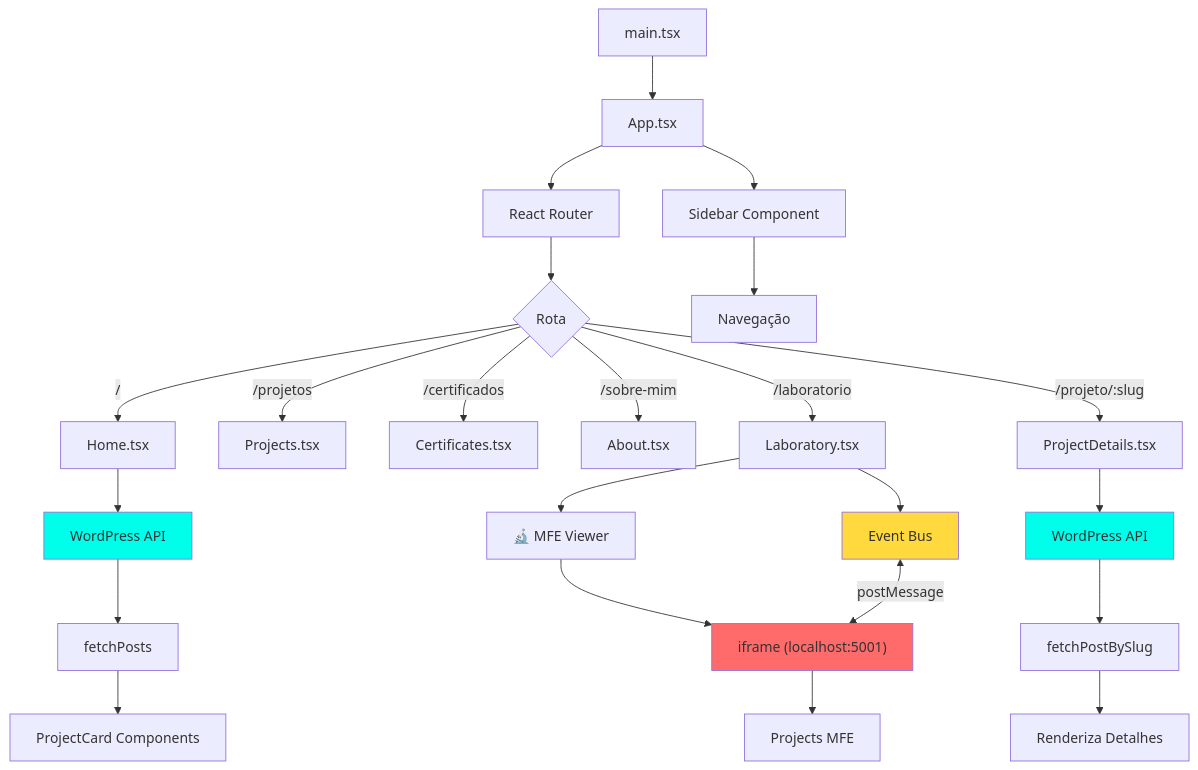
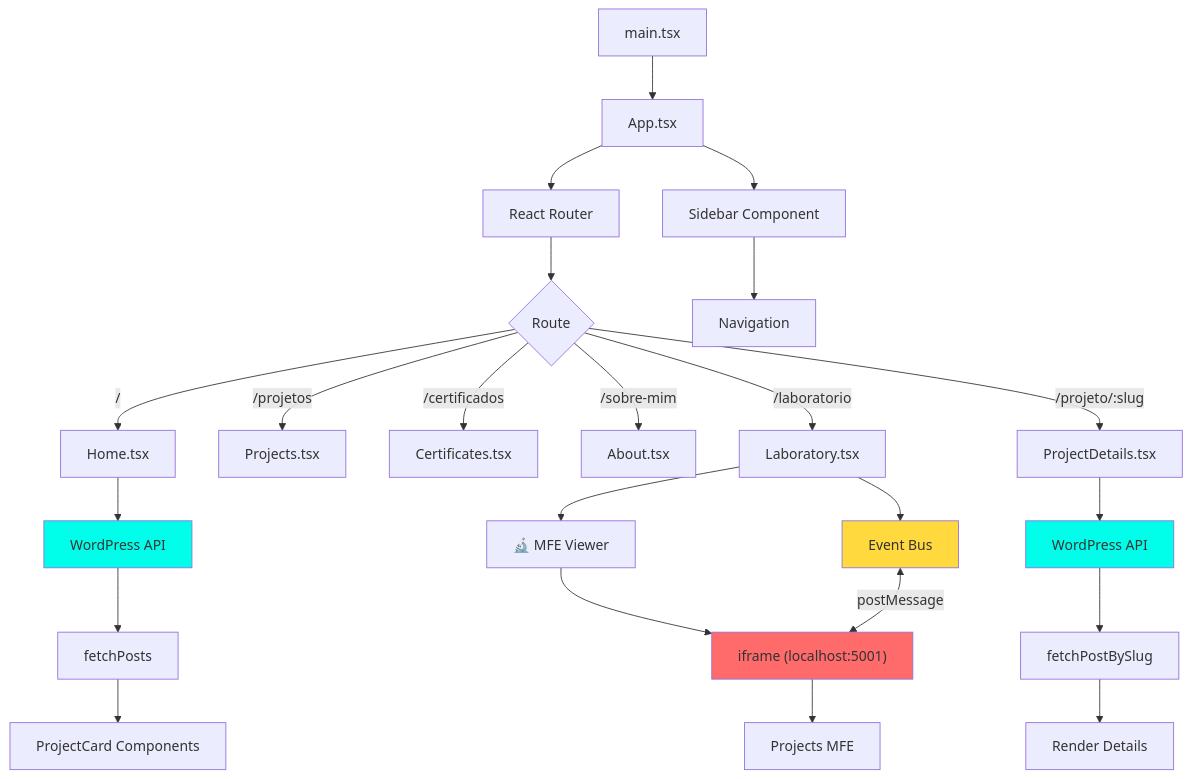
Before and after one commit to ehurafa/portfolio-mfe-2025: the third of 4 diagrams in README.md, drawn with Mermaid. The commit also changed other lines of this file, not shown here.

Commit message:
docs: translate README to English and update with roadmap and technical guidelines

````diff
--- a/README.md
+++ b/README.md
@@ -261,36 +265,36 @@
 ```mermaid
 flowchart TD
     A[main.tsx] --> B[App.tsx]
     B --> C[React Router]
-    C --> D{Rota}
+    C --> D{Route}
     
     D -->|/| E[Home.tsx]
     D -->|/projetos| F[Projects.tsx]
     D -->|/certificados| G[Certificates.tsx]
     D -->|/sobre-mim| H[About.tsx]
     D -->|/laboratorio| I[Laboratory.tsx]
     D -->|/projeto/:slug| J[ProjectDetails.tsx]
     
     E --> K[WordPress API]
     K --> L[fetchPosts]
     L --> M[ProjectCard Components]
     
     J --> N[WordPress API]
     N --> O[fetchPostBySlug]
-    O --> P[Renderiza Detalhes]
+    O --> P[Render Details]
     
     I --> Q["🔬 MFE Viewer"]
     Q --> R["iframe (localhost:5001)"]
     R --> S[Projects MFE]
     
     B --> T[Sidebar Component]
-    T --> U[Navegação]
+    T --> U[Navigation]
     
     I --> V[Event Bus]
     V <--> |postMessage| R
     
     style K fill:#00ffeb
     style N fill:#00ffeb
     style R fill:#ff6b6b
     style V fill:#ffd93d
 ```
````
